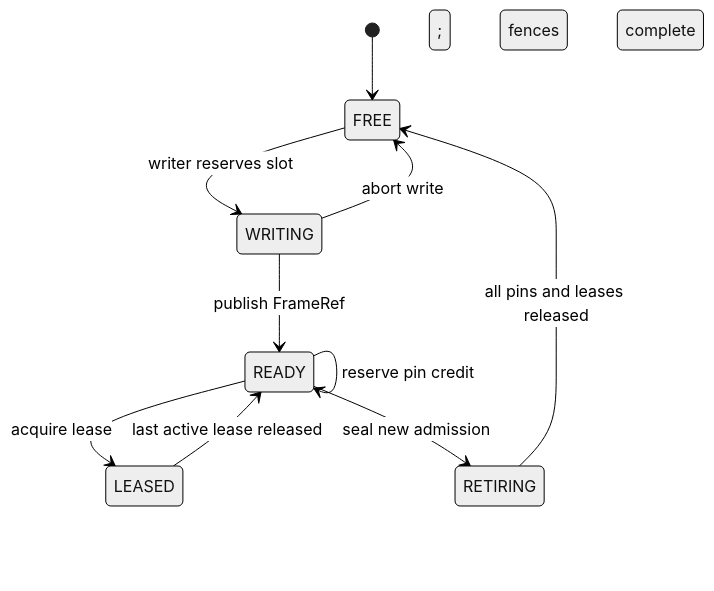
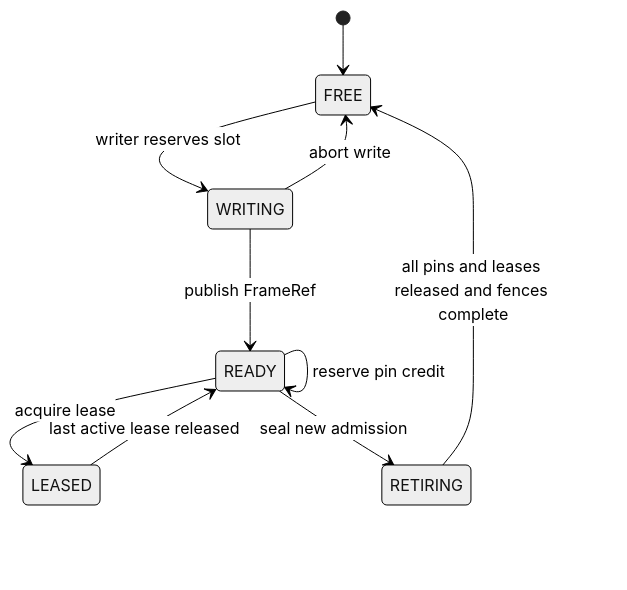
Before and after one commit to qigao/turbomedia: the first of 3 diagrams in docs/design/streamgraph-v2-ownership-conformance.md, drawn with Mermaid (neutral theme). The commit also changed other lines of this file, not shown here.

Commit message:
fix(docs): avoid Mermaid sequence semicolon statement separator

````diff
--- a/docs/design/streamgraph-v2-ownership-conformance.md
+++ b/docs/design/streamgraph-v2-ownership-conformance.md
@@ -22,12 +22,12 @@
 ```mermaid
 stateDiagram-v2
     [*] --> FREE
     FREE --> WRITING : writer reserves slot
     WRITING --> READY : publish FrameRef
     WRITING --> FREE : abort write
     READY --> READY : reserve pin credit
     READY --> LEASED : acquire lease
     LEASED --> READY : last active lease released
     READY --> RETIRING : seal new admission
-    RETIRING --> FREE : all pins and leases released; fences complete
+    RETIRING --> FREE : all pins and leases released and fences complete
 ```
````
